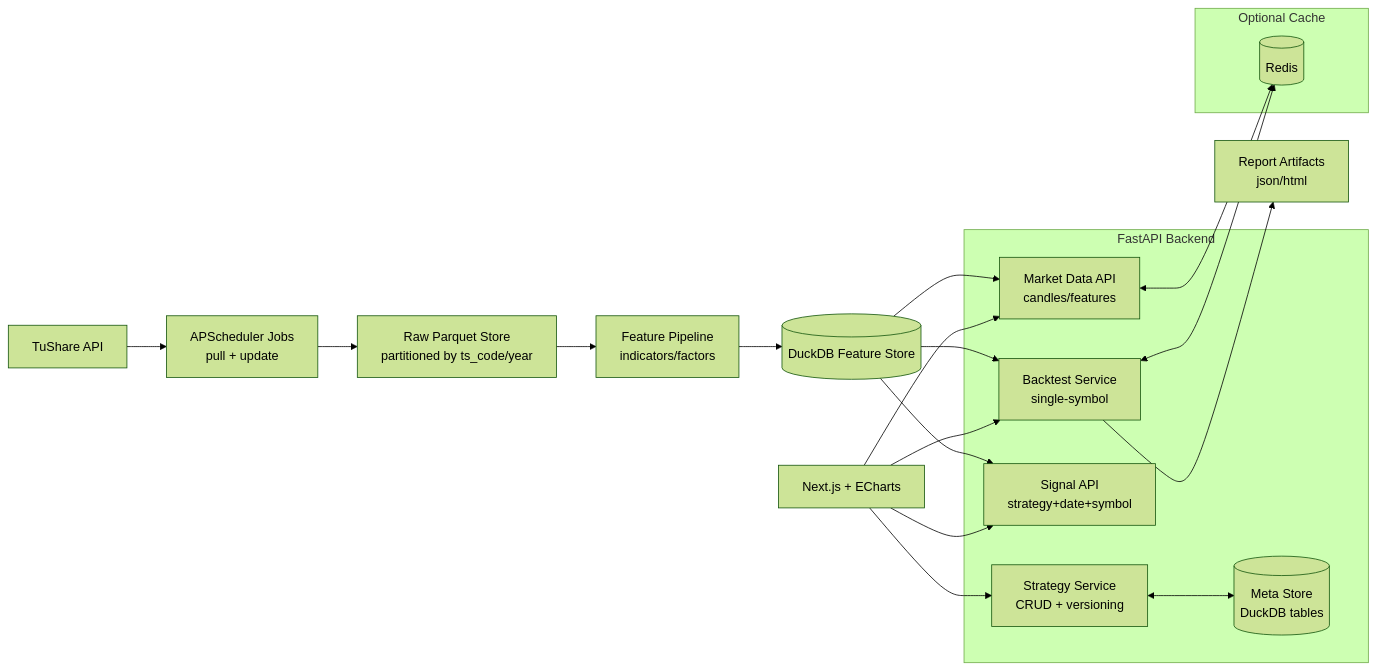
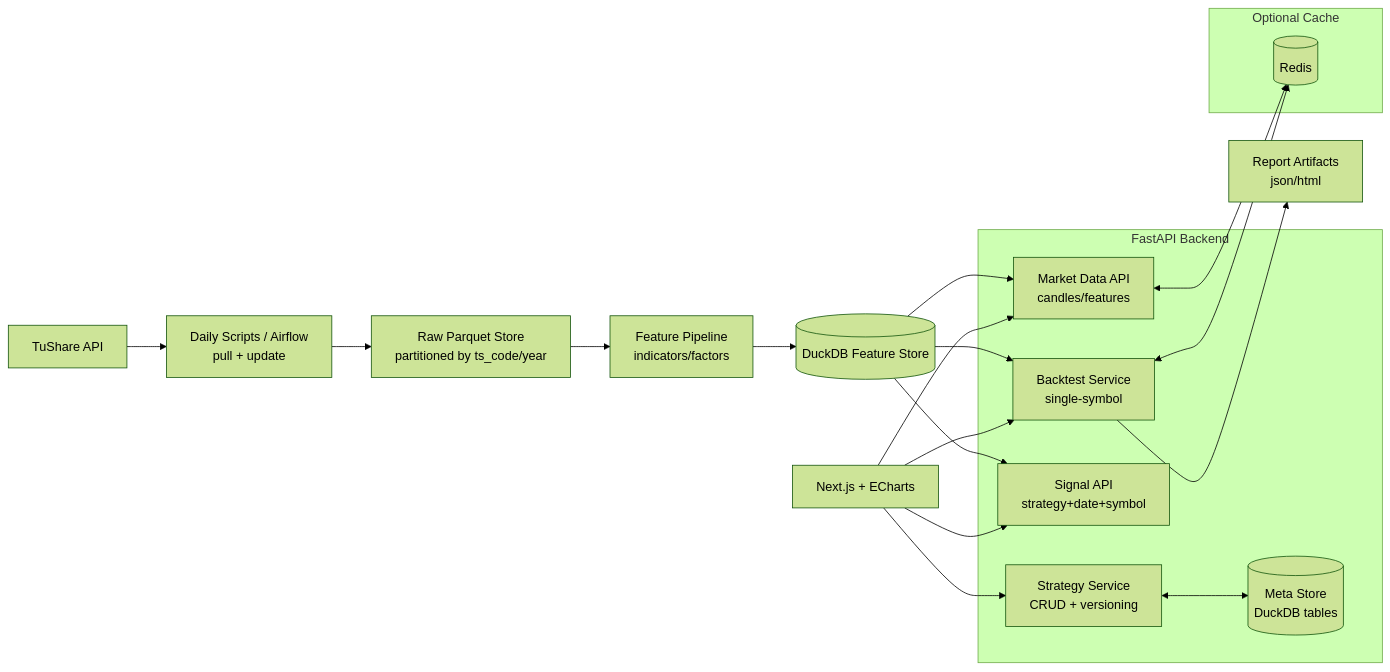
Before and after one commit to JamesGu14/freedom: the diagram in README.md, drawn with Mermaid (forest theme). The commit also changed other lines of this file and 113 other files, not shown here.

````diff
--- a/README.md
+++ b/README.md
@@ -135,32 +186,32 @@
 ```mermaid
 flowchart LR
-  A[TuShare API] --> B[APScheduler Jobs<br/>pull + update]
+  A[TuShare API] --> B[Daily Scripts / Airflow<br/>pull + update]
   B --> C[Raw Parquet Store<br/>partitioned by ts_code/year]
   C --> D[Feature Pipeline<br/>indicators/factors]
   D --> E[(DuckDB Feature Store)]
 
   subgraph Backend[FastAPI Backend]
     F1[Market Data API<br/>candles/features]
     F2[Strategy Service<br/>CRUD + versioning]
     F3[Signal API<br/>strategy+date+symbol]
     F4[Backtest Service<br/>single-symbol]
     F5[(Meta Store<br/>DuckDB tables)]
   end
 
   E --> F1
   E --> F3
   E --> F4
   F2 <--> F5
   F4 --> G[Report Artifacts<br/>json/html]
 
   subgraph Cache[Optional Cache]
     R[(Redis)]
   end
   F1 <--> R
   F4 <--> R
 
   UI[Next.js + ECharts] --> F1
   UI --> F2
   UI --> F3
   UI --> F4
 ```
````
